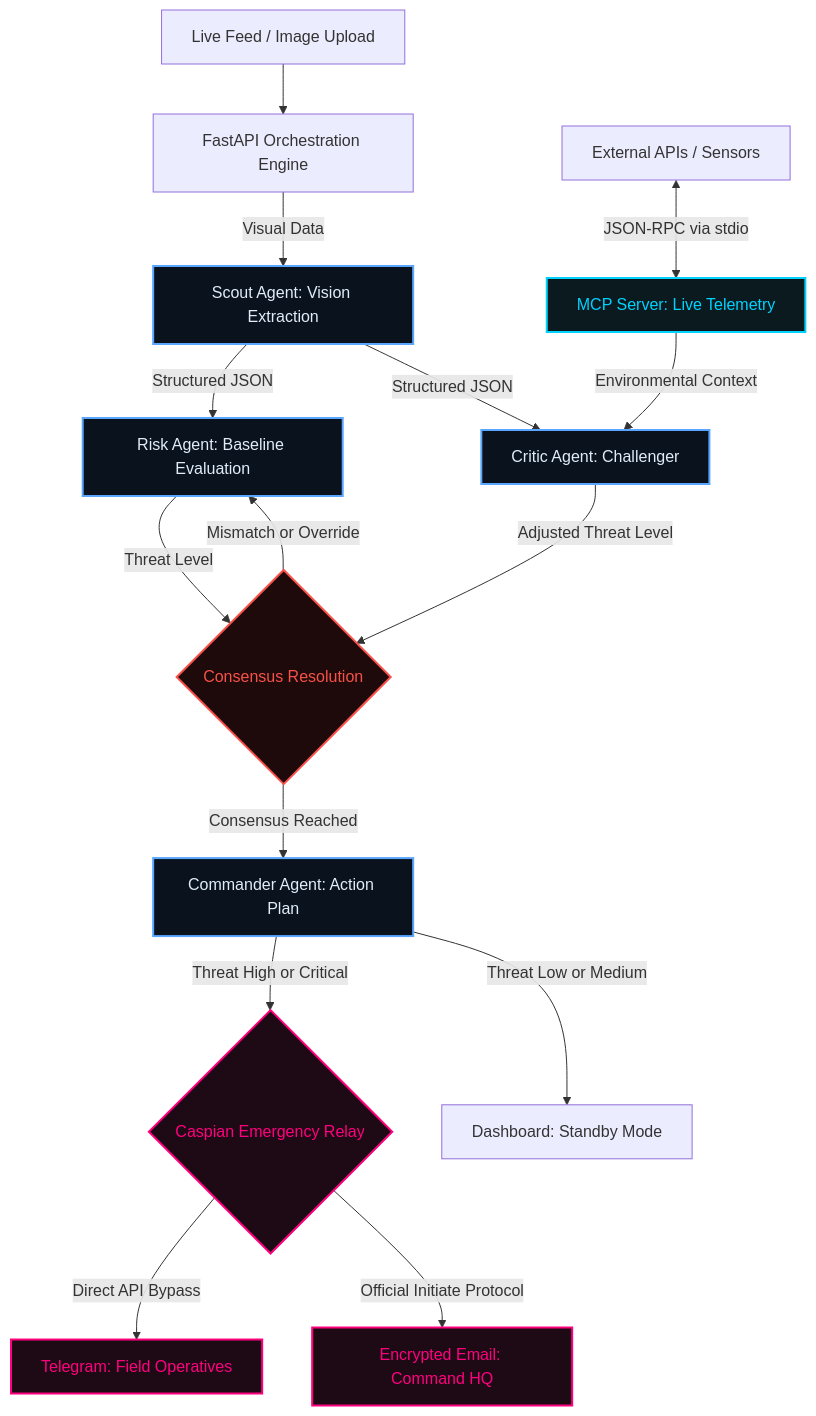
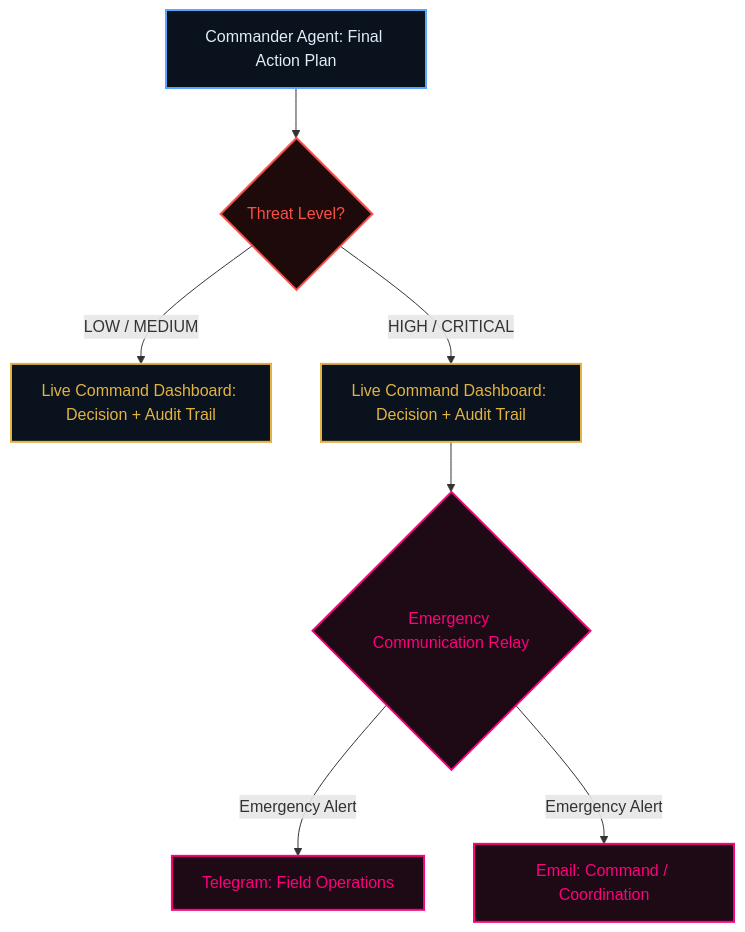
One commit to CODERUDRA-X/AEGIS-SWARM changed the fourth of 4 diagrams in README.md. Above: the diagram before and after it, drawn with Mermaid. The commit also changed other lines of this file, not shown here.

Commit message:
Revise README content for clarity and updates
Updated the README.md file to remove outdated content and improve clarity.

````diff
--- a/README.md
+++ b/README.md
@@ -194,35 +194,22 @@
 ```mermaid
 graph TD
-    Input[Live Feed / Image Upload] --> Orchestrator[FastAPI Orchestration Engine]
+    CMD[Commander Agent: Final Action Plan] --> Decision{Threat Level?}
 
-    Orchestrator -->|Visual Data| Scout[Scout Agent: Vision Extraction]
+    Decision -->|LOW / MEDIUM| Dashboard1[Live Command Dashboard: Decision + Audit Trail]
+    
+    Decision -->|HIGH / CRITICAL| Dashboard2[Live Command Dashboard: Decision + Audit Trail]
+    Dashboard2 --> Relay{Emergency Communication Relay}
 
-    Scout -->|Structured JSON| Risk[Risk Agent: Baseline Evaluation]
-    Scout -->|Structured JSON| Critic[Critic Agent: Challenger]
-
-    External[External APIs / Sensors] <-->|JSON-RPC via stdio| MCP[MCP Server: Live Telemetry]
-    MCP -->|Environmental Context| Critic
-
-    Risk -->|Threat Level| Debate{Consensus Resolution}
-    Critic -->|Adjusted Threat Level| Debate
-
-    Debate -->|Mismatch or Override| Risk
-
-    Debate -->|Consensus Reached| CMD[Commander Agent: Action Plan]
-
-    CMD -->|Threat High or Critical| Caspian{Caspian Emergency Relay}
-
-    Caspian -->|Direct API Bypass| TG[Telegram: Field Operatives]
-    Caspian -->|Official Initiate Protocol| Email[Encrypted Email: Command HQ]
-    CMD -->|Threat Low or Medium| UI[Dashboard: Standby Mode]
+    Relay -->|Emergency Alert| TG[Telegram: Field Operations]
+    Relay -->|Emergency Alert| Email[Email: Command / Coordination]
 
     classDef agent fill:#0a121e,stroke:#58a6ff,stroke-width:2px,color:#e0edf8;
-    classDef caspian fill:#1e0a14,stroke:#ff007f,stroke-width:2px,color:#ff007f;
-    classDef mcp fill:#0a1a1e,stroke:#00d2ff,stroke-width:2px,color:#00d2ff;
-    classDef debate fill:#1e0a0a,stroke:#f85149,stroke-width:2px,color:#f85149;
+    classDef decision fill:#1e0a0a,stroke:#f85149,stroke-width:2px,color:#f85149;
+    classDef relay fill:#1e0a14,stroke:#ff007f,stroke-width:2px,color:#ff007f;
+    classDef ui fill:#0a121e,stroke:#e3b341,stroke-width:2px,color:#e3b341;
 
-    class Scout,Risk,Critic,CMD agent;
-    class Caspian,TG,Email caspian;
-    class MCP mcp;
-    class Debate debate;
+    class CMD agent;
+    class Decision decision;
+    class Relay,TG,Email relay;
+    class Dashboard1,Dashboard2 ui;
 ```
````
